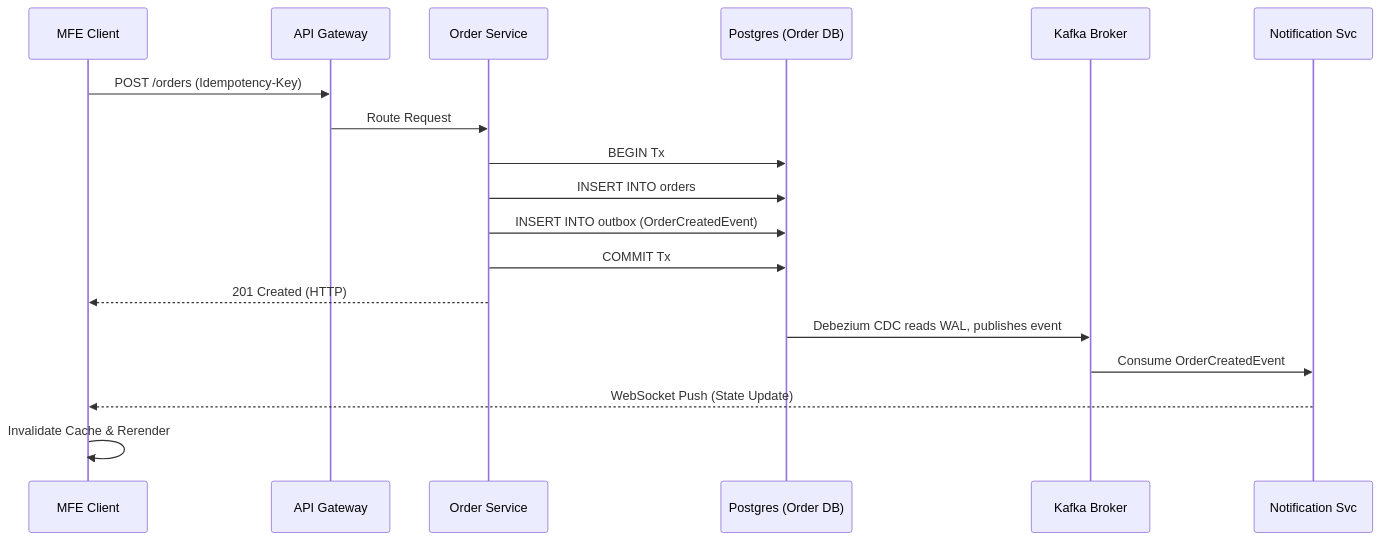
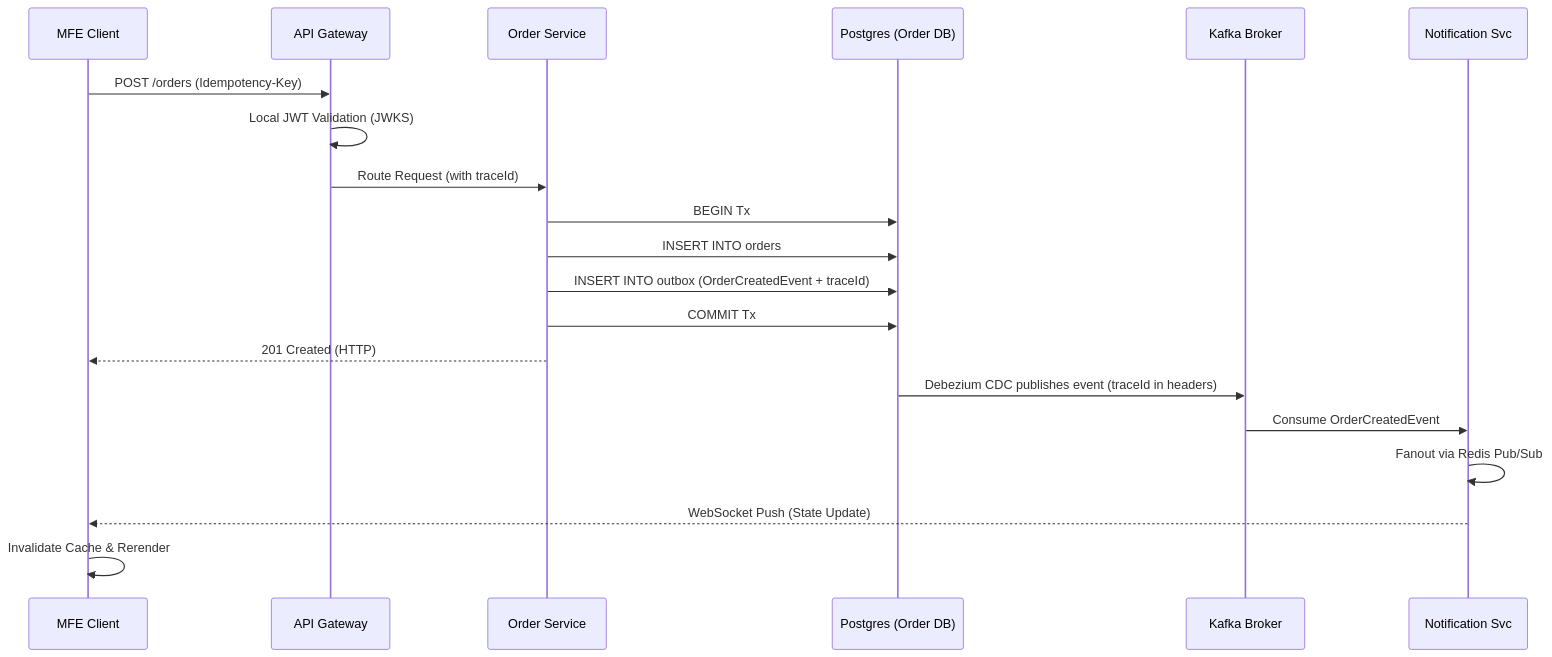
The second of 2 diagrams in DETAILED_ARCHITECTURE.md (abhi5057/DYOJ), drawn with Mermaid before and after one commit. The commit also changed other lines of this file and 4 other files, not shown here.

First line of the commit message:
Fix Docker secrets and architectural design gaps

````diff
--- a/DETAILED_ARCHITECTURE.md
+++ b/DETAILED_ARCHITECTURE.md
@@ -129,22 +129,24 @@
 ```mermaid
 sequenceDiagram
     participant UI as MFE Client
     participant GW as API Gateway
     participant OS as Order Service
     participant DB as Postgres (Order DB)
     participant K as Kafka Broker
     participant NS as Notification Svc
 
     UI->>GW: POST /orders (Idempotency-Key)
-    GW->>OS: Route Request
+    GW->>GW: Local JWT Validation (JWKS)
+    GW->>OS: Route Request (with traceId)
     OS->>DB: BEGIN Tx
     OS->>DB: INSERT INTO orders
-    OS->>DB: INSERT INTO outbox (OrderCreatedEvent)
+    OS->>DB: INSERT INTO outbox (OrderCreatedEvent + traceId)
     OS->>DB: COMMIT Tx
     OS-->>UI: 201 Created (HTTP)
 
-    DB->>K: Debezium CDC reads WAL, publishes event
+    DB->>K: Debezium CDC publishes event (traceId in headers)
     K->>NS: Consume OrderCreatedEvent
+    NS->>NS: Fanout via Redis Pub/Sub
     NS-->>UI: WebSocket Push (State Update)
     UI->>UI: Invalidate Cache & Rerender
 ```
````
